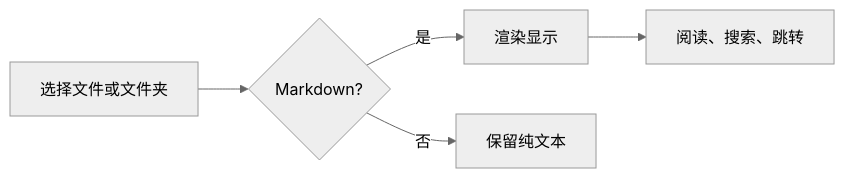
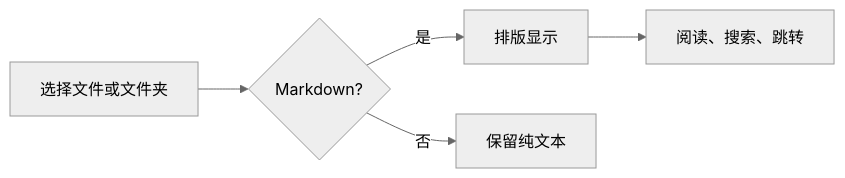
Before and after one commit to bruce-yang-422/parchment: the first of 3 diagrams in samples/zh-CN/parchment-guide.md, drawn with Mermaid (neutral theme). The commit also changed other lines of this file and 24 other files, not shown here.

First line of the commit message:
docs(samples): 擴充 8 語系使用導覽與連結筆記、閱讀測試加入 Flickr 有連結圖片 / expand the sample guide and linked note in 8 languages, add a linked Flickr image to the reading test

````diff
--- a/samples/zh-CN/parchment-guide.md
+++ b/samples/zh-CN/parchment-guide.md
@@ -69,7 +126,7 @@
 ```mermaid
 flowchart LR
   A[选择文件或文件夹] --> B{Markdown?}
-  B -->|是| C[渲染显示]
+  B -->|是| C[排版显示]
   B -->|否| D[保留纯文本]
   C --> E[阅读、搜索、跳转]
 ```
````
